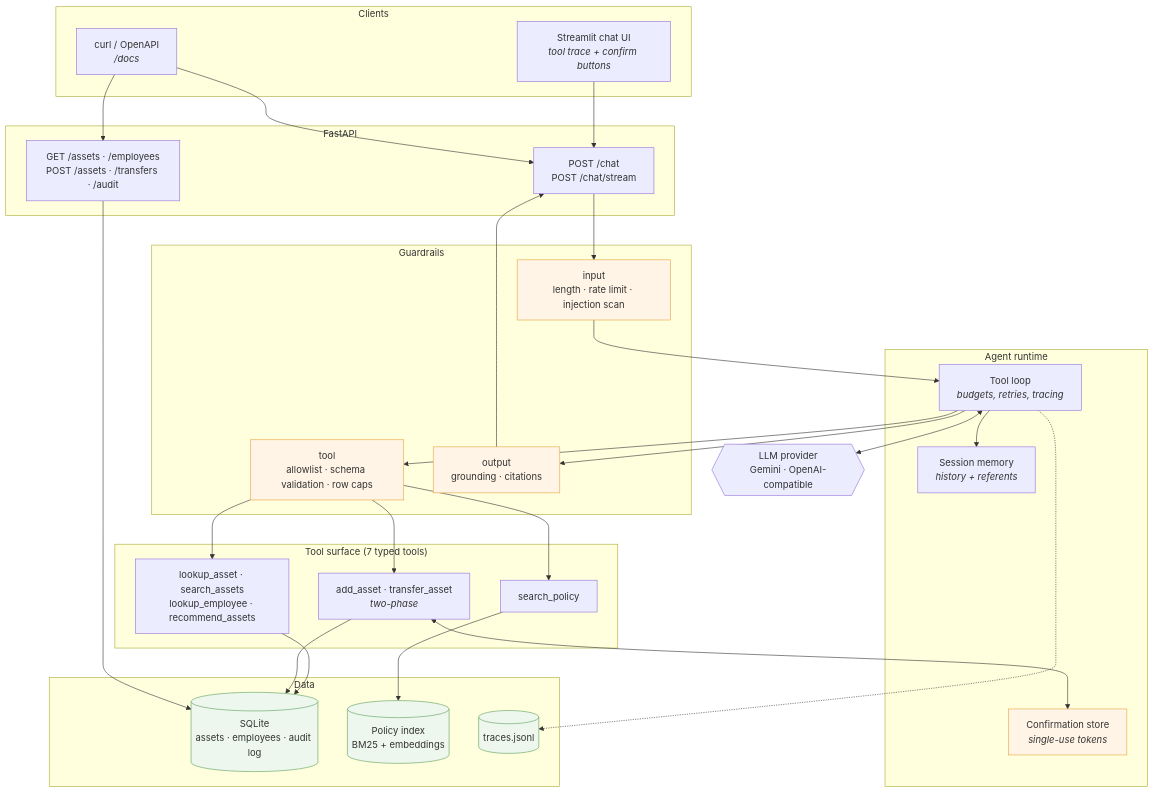
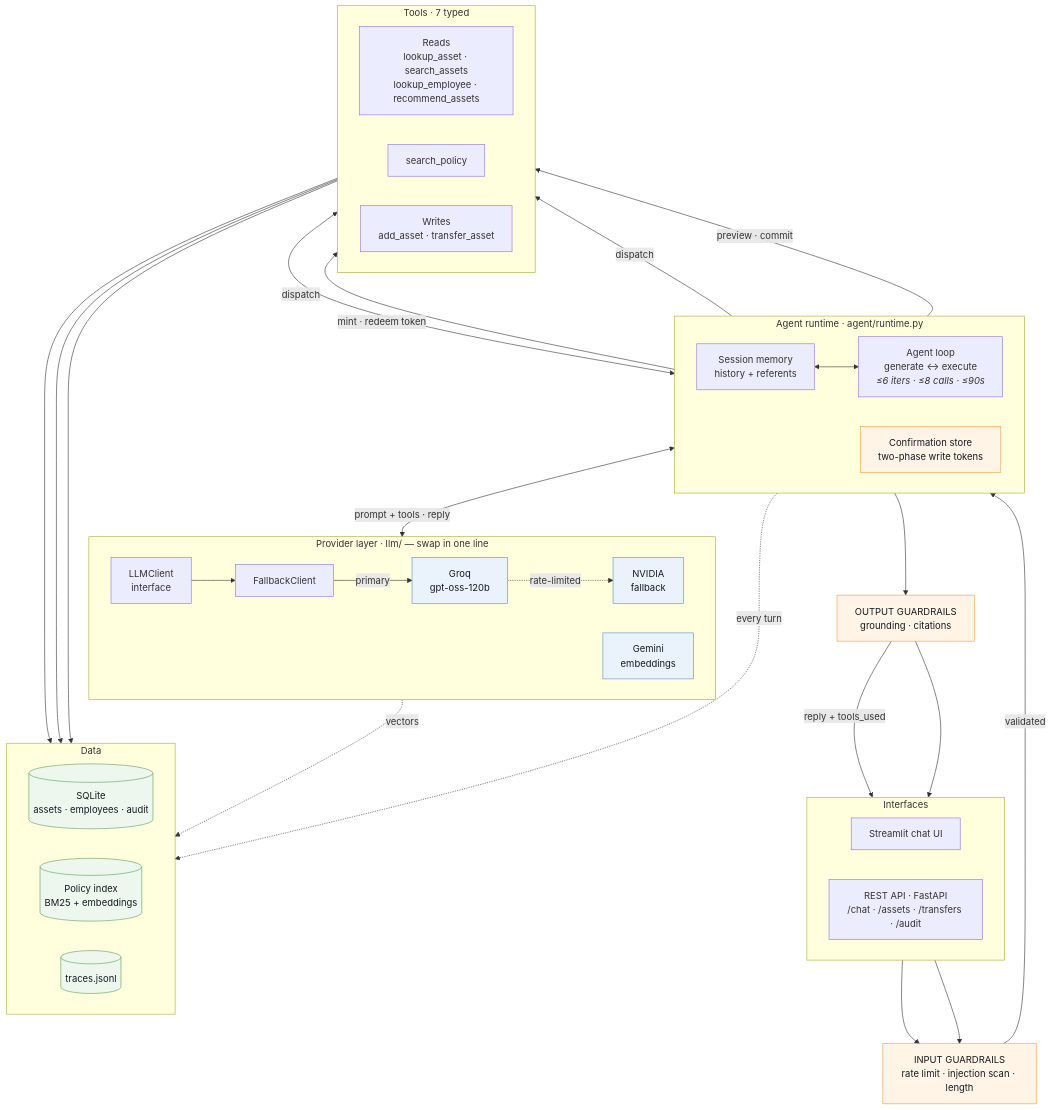
The first of 4 diagrams in ARCHITECTURE.md (Rahulkoi/asset-management-assistant), drawn with Mermaid before and after one commit. The commit also changed other lines of this file, not shown here.

Commit message:
Richer connected system diagram in ARCHITECTURE overview
Replace the system overview with a fully-connected diagram: labeled edges, the
provider fallback chain, the write gate's link to the confirmation store, and
colour-coded layers (guardrail / data / provider).

````diff
--- a/ARCHITECTURE.md
+++ b/ARCHITECTURE.md
@@ -5,58 +11,70 @@
 ```mermaid
 flowchart TB
-    subgraph clients["Clients"]
-        UI["Streamlit chat UI<br/><i>tool trace + confirm buttons</i>"]
-        REST["curl / OpenAPI<br/><i>/docs</i>"]
-    end
+  subgraph CL["Interfaces"]
+    direction LR
+    UI["Streamlit chat UI"]
+    API["REST API · FastAPI<br/>/chat · /assets · /transfers · /audit"]
+  end
 
-    subgraph api["FastAPI"]
-        CHAT["POST /chat<br/>POST /chat/stream"]
-        DET["GET /assets · /employees<br/>POST /assets · /transfers · /audit"]
-    end
+  GIN["INPUT GUARDRAILS<br/>rate limit · injection scan · length"]
 
-    subgraph runtime["Agent runtime"]
-        LOOP["Tool loop<br/><i>budgets, retries, tracing</i>"]
-        MEM["Session memory<br/><i>history + referents</i>"]
-        CONF["Confirmation store<br/><i>single-use tokens</i>"]
-    end
+  subgraph RT["Agent runtime · agent/runtime.py"]
+    direction LR
+    MEM["Session memory<br/>history + referents"]
+    LOOP["Agent loop<br/>generate ↔ execute<br/><i>≤6 iters · ≤8 calls · ≤90s</i>"]
+    CONF["Confirmation store<br/>two-phase write tokens"]
+  end
 
-    subgraph guards["Guardrails"]
-        GIN["input<br/>length · rate limit · injection scan"]
-        GTOOL["tool<br/>allowlist · schema validation · row caps"]
-        GOUT["output<br/>grounding · citations"]
-    end
+  subgraph PV["Provider layer · llm/ — swap in one line"]
+    direction LR
+    IFACE["LLMClient<br/>interface"]
+    FB["FallbackClient"]
+    GROQ["Groq<br/>gpt-oss-120b"]
+    NV["NVIDIA<br/>fallback"]
+    GEM["Gemini<br/>embeddings"]
+  end
 
-    subgraph tools["Tool surface (7 typed tools)"]
-        READ["lookup_asset · search_assets<br/>lookup_employee · recommend_assets"]
-        POL["search_policy"]
-        WRITE["add_asset · transfer_asset<br/><i>two-phase</i>"]
-    end
+  subgraph TL["Tools · 7 typed"]
+    direction LR
+    READS["Reads<br/>lookup_asset · search_assets<br/>lookup_employee · recommend_assets"]
+    POL["search_policy"]
+    WR["Writes<br/>add_asset · transfer_asset"]
+  end
 
-    subgraph data["Data"]
-        DB[("SQLite<br/>assets · employees · audit log")]
-        IDX[("Policy index<br/>BM25 + embeddings")]
-        TRACE[("traces.jsonl")]
-    end
+  subgraph DT["Data"]
+    direction LR
+    DB[("SQLite<br/>assets · employees · audit")]
+    IDX[("Policy index<br/>BM25 + embeddings")]
+    TR[("traces.jsonl")]
+  end
 
-    LLM{{"LLM provider<br/>Gemini · OpenAI-compatible"}}
+  GOUT["OUTPUT GUARDRAILS<br/>grounding · citations"]
 
-    UI --> CHAT
-    REST --> CHAT
-    REST --> DET
-    CHAT --> GIN --> LOOP
-    LOOP <--> LLM
-    LOOP --> MEM
-    LOOP --> GTOOL --> READ & POL & WRITE
-    WRITE <--> CONF
-    READ --> DB
-    WRITE --> DB
-    POL --> IDX
-    DET --> DB
-    LOOP --> GOUT --> CHAT
-    LOOP -.-> TRACE
+  UI --> GIN
+  API --> GIN
+  GIN -->|validated| LOOP
+  MEM <--> LOOP
+  LOOP <-->|prompt + tools · reply| IFACE
+  IFACE --> FB
+  FB -->|primary| GROQ
+  GROQ -.->|rate-limited| NV
+  GEM -.->|vectors| IDX
+  LOOP -->|dispatch| READS
+  LOOP -->|dispatch| POL
+  LOOP -->|preview · commit| WR
+  WR <-->|mint · redeem token| CONF
+  READS --> DB
+  WR --> DB
+  POL --> IDX
+  LOOP -.->|every turn| TR
+  LOOP --> GOUT
+  GOUT -->|reply + tools_used| UI
+  GOUT --> API
 
-    classDef guard fill:#fff4e6,stroke:#e8a33d
-    classDef store fill:#eef7ee,stroke:#5a9e5a
-    class GIN,GTOOL,GOUT,CONF guard
-    class DB,IDX,TRACE store
+  classDef guard fill:#fff4e6,stroke:#e8a33d,color:#141a20
+  classDef store fill:#eef7ee,stroke:#5a9e5a,color:#141a20
+  classDef prov fill:#eaf3fb,stroke:#5b8fc7,color:#141a20
+  class GIN,GOUT,CONF guard
+  class DB,IDX,TR store
+  class GROQ,NV,GEM prov
 ```
````
